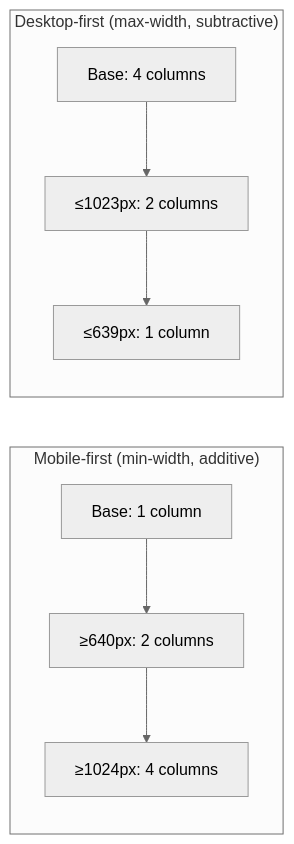
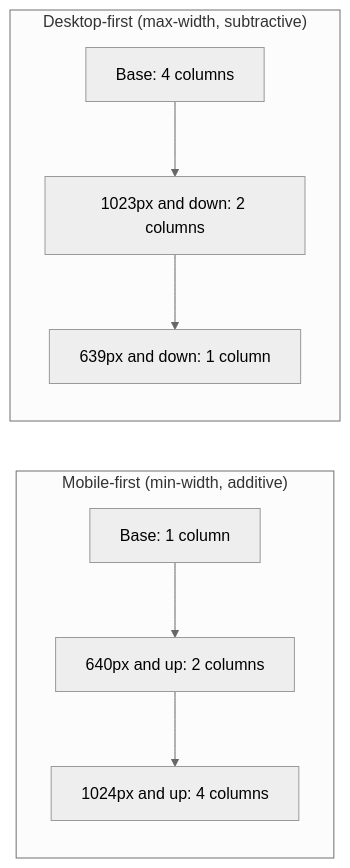
One commit to francoandreDev/knowledge changed the first of 2 diagrams in src/content/design/responsive-adaptive-design/L2-concept.mdx. Above: the diagram before and after it, drawn with Mermaid (neutral theme). The commit also changed other lines of this file and 16 other files, not shown here.

````diff
--- a/src/content/design/responsive-adaptive-design/L2-concept.mdx
+++ b/src/content/design/responsive-adaptive-design/L2-concept.mdx
@@ -85,9 +79,9 @@
 ```mermaid
 flowchart LR
     subgraph MF["Mobile-first (min-width, additive)"]
-        M1["Base: 1 column"] --> M2["≥640px: 2 columns"] --> M3["≥1024px: 4 columns"]
+        M1["Base: 1 column"] --> M2["640px and up: 2 columns"] --> M3["1024px and up: 4 columns"]
     end
     subgraph DF["Desktop-first (max-width, subtractive)"]
-        D1["Base: 4 columns"] --> D2["≤1023px: 2 columns"] --> D3["≤639px: 1 column"]
+        D1["Base: 4 columns"] --> D2["1023px and down: 2 columns"] --> D3["639px and down: 1 column"]
     end
 ```
````
